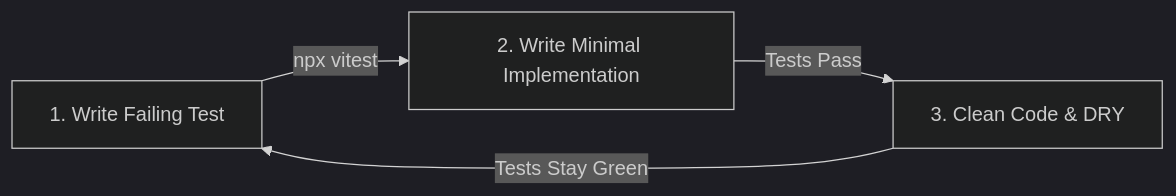
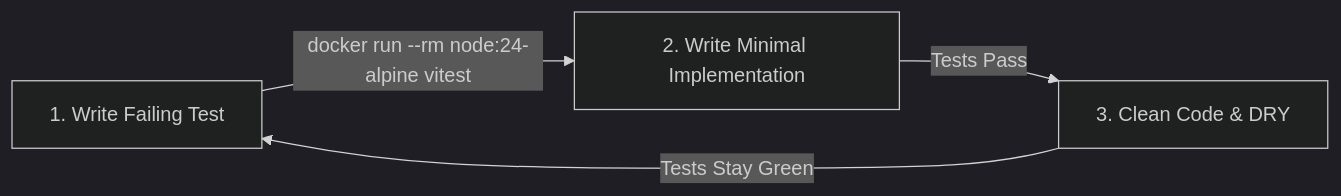
One commit to abidkhan484/agri-insight-app changed the diagram in skills/tdd-workflow/SKILL.md. Above: the diagram before and after it, drawn with Mermaid (dark theme). The commit also changed other lines of this file and 14 other files, not shown here.

````diff
--- a/skills/tdd-workflow/SKILL.md
+++ b/skills/tdd-workflow/SKILL.md
@@ -28,6 +66,6 @@
 ```mermaid
 graph LR
-    Red[1. Write Failing Test] -->|npx vitest| Green[2. Write Minimal Implementation]
+    Red[1. Write Failing Test] -->|docker run --rm node:24-alpine vitest| Green[2. Write Minimal Implementation]
     Green -->|Tests Pass| Refactor[3. Clean Code & DRY]
     Refactor -->|Tests Stay Green| Red
 ```
````
